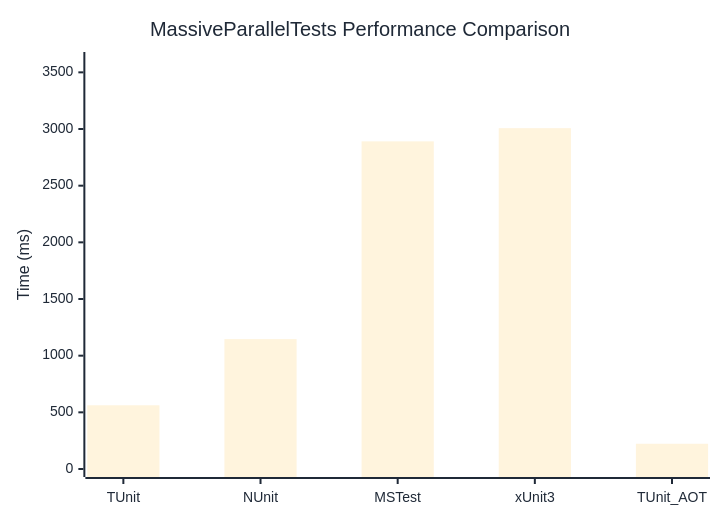
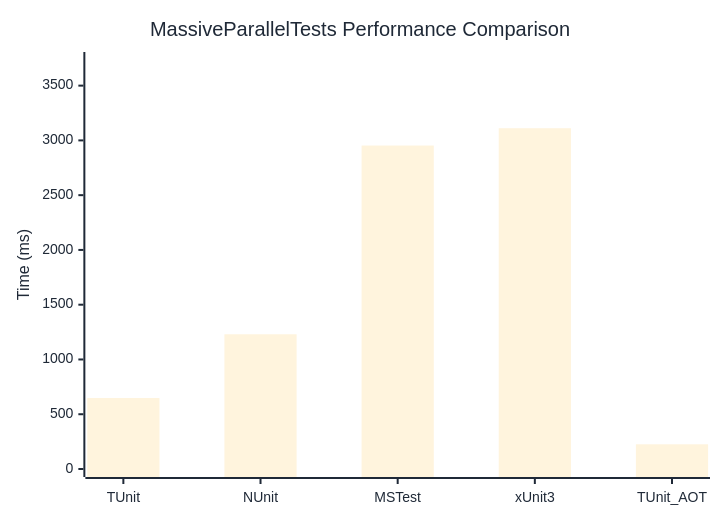
The diagram in docs/docs/benchmarks/MassiveParallelTests.md (thomhurst/TUnit), drawn with Mermaid before and after one commit. The commit also changed other lines of this file and 17 other files, not shown here.

````diff
--- a/docs/docs/benchmarks/MassiveParallelTests.md
+++ b/docs/docs/benchmarks/MassiveParallelTests.md
@@ -27,37 +27,37 @@
 ```mermaid
 %%{init: {
   'theme':'base',
   'themeVariables': {
     'primaryColor': '#2563eb',
     'primaryTextColor': '#1f2937',
     'primaryBorderColor': '#1e40af',
     'lineColor': '#6b7280',
     'secondaryColor': '#7c3aed',
     'tertiaryColor': '#dc2626',
     'background': '#ffffff',
     'mainBkg': '#2563eb',
     'secondBkg': '#7c3aed',
     'tertiaryBkg': '#dc2626',
     'clusterBkg': '#f3f4f6',
     'edgeLabelBackground': '#ffffff',
     'tertiaryTextColor': '#1f2937',
     'pie1': '#2563eb',
     'pie2': '#7c3aed',
     'pie3': '#dc2626',
     'pie4': '#f59e0b',
     'pie5': '#10b981',
     'pie6': '#06b6d4',
     'pie7': '#ec4899',
     'pie8': '#6366f1',
     'pie9': '#84cc16',
     'pie10': '#f97316',
     'pie11': '#14b8a6',
     'pie12': '#a855f7'
   }
 }}%%
 xychart-beta
   title "MassiveParallelTests Performance Comparison"
   x-axis ["TUnit", "NUnit", "MSTest", "xUnit3", "TUnit_AOT"]
-  y-axis "Time (ms)" 0 --> 3609
-  bar [562.3, 1146.3, 2891.2, 3007.5, 222.8]
+  y-axis "Time (ms)" 0 --> 3734
+  bar [648, 1230, 2953.1, 3111.3, 225.4]
 ```
````
